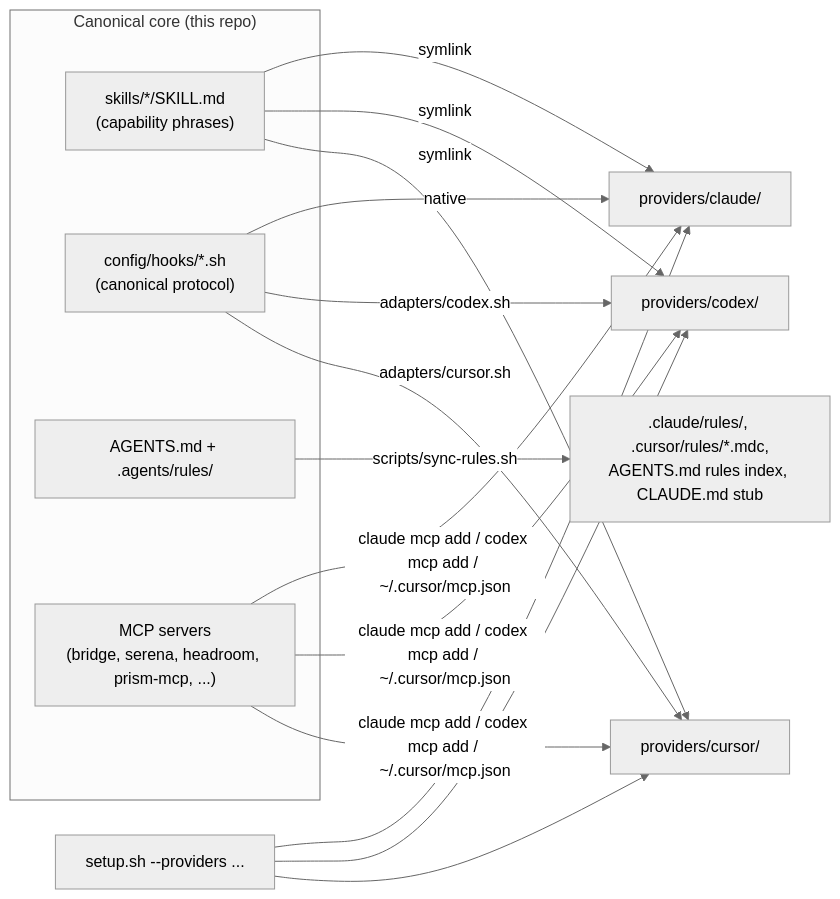
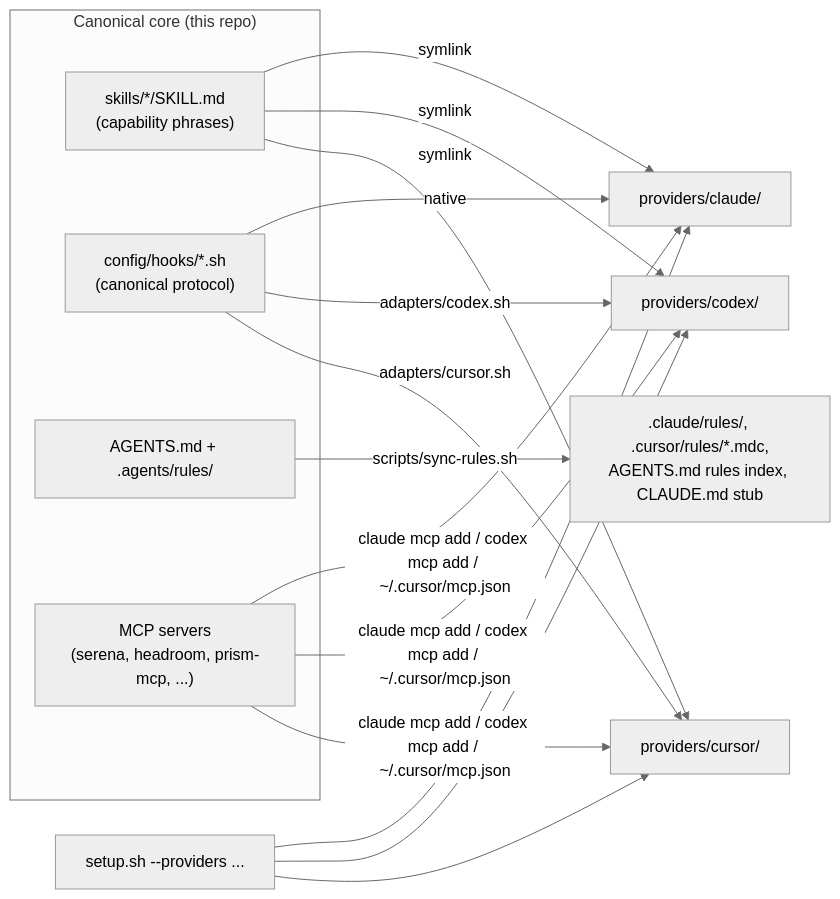
One commit to joithor/agentic-workflow changed the second of 2 diagrams in planning/ARCHITECTURE.md. Above: the diagram before and after it, drawn with Mermaid (neutral theme). The commit also changed other lines of this file and 21 other files, not shown here.

First line of the commit message:
docs: README, planning docs and onboarding without the MCP bridge

````diff
--- a/planning/ARCHITECTURE.md
+++ b/planning/ARCHITECTURE.md
@@ -99,20 +90,20 @@
 ```mermaid
 graph LR
     subgraph "Canonical core (this repo)"
         Skills["skills/*/SKILL.md<br/>(capability phrases)"]
         Hooks["config/hooks/*.sh<br/>(canonical protocol)"]
         Rules["AGENTS.md + .agents/rules/"]
-        MCPs["MCP servers<br/>(bridge, serena, headroom, prism-mcp, ...)"]
+        MCPs["MCP servers<br/>(serena, headroom, prism-mcp, ...)"]
     end
 
     Setup["setup.sh --providers ..."] --> PClaude["providers/claude/"]
     Setup --> PCodex["providers/codex/"]
     Setup --> PCursor["providers/cursor/"]
 
     Skills --> |symlink| PClaude & PCodex & PCursor
     Hooks --> |native| PClaude
     Hooks --> |"adapters/codex.sh"| PCodex
     Hooks --> |"adapters/cursor.sh"| PCursor
     Rules --> |"scripts/sync-rules.sh"| Emitted[".claude/rules/, .cursor/rules/*.mdc,<br/>AGENTS.md rules index, CLAUDE.md stub"]
     MCPs --> |"claude mcp add / codex mcp add / ~/.cursor/mcp.json"| PClaude & PCodex & PCursor
 ```
````
